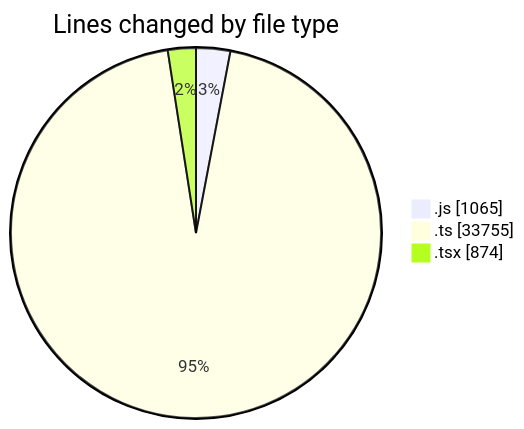
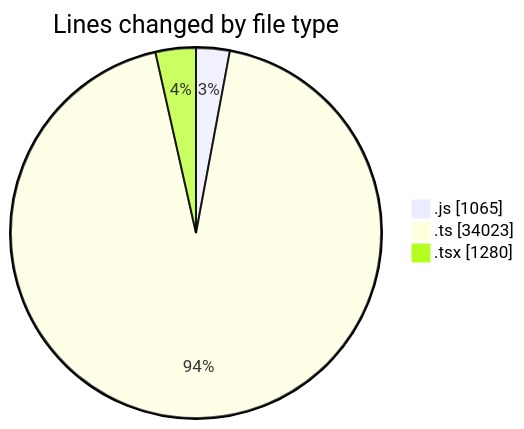
One commit to momahboobian/code-tracking changed the first of 2 diagrams in 2026-10-06/cda/README.md. Above: the diagram before and after it, drawn with Mermaid. The commit also changed other lines of this file and 1 other file, not shown here.

````diff
--- a/2026-10-06/cda/README.md
+++ b/2026-10-06/cda/README.md
@@ -40,7 +41,7 @@
 ```mermaid
 pie showData
 title Lines changed by file type
 ".js" : 1065
-".ts" : 33755
-".tsx" : 874
+".ts" : 34023
+".tsx" : 1280
 ```
````
